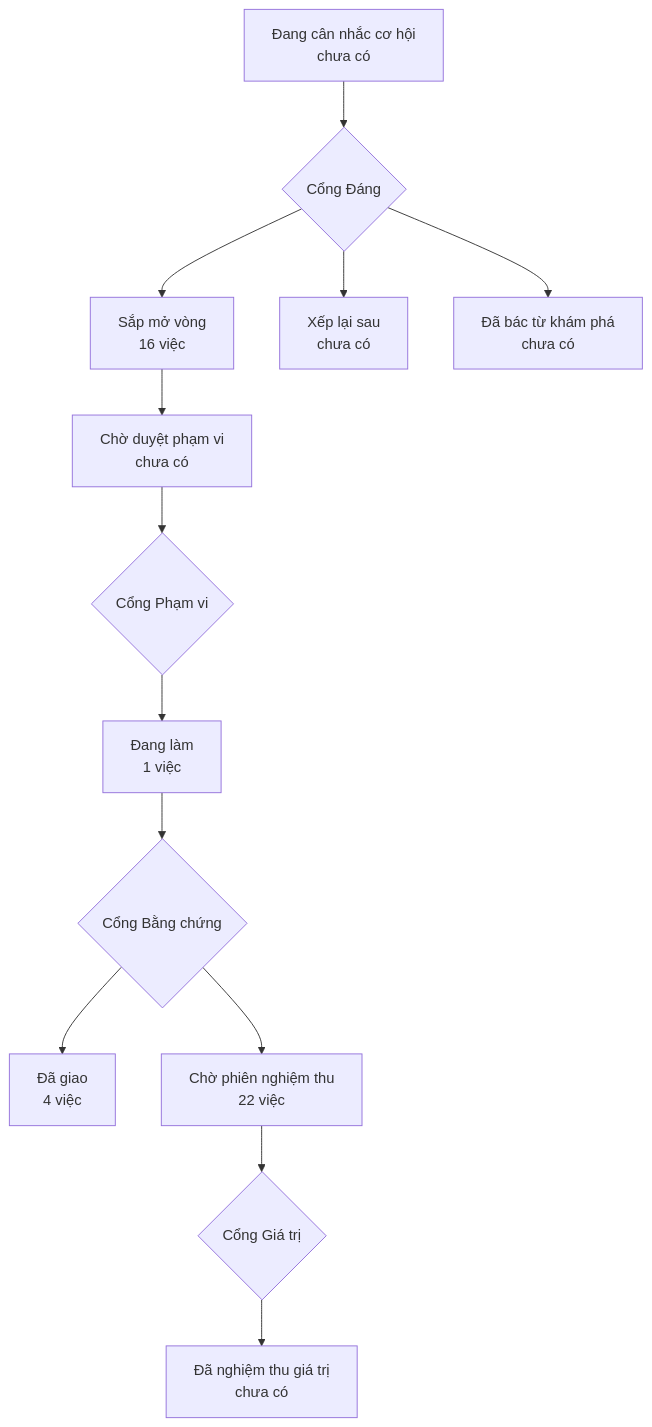
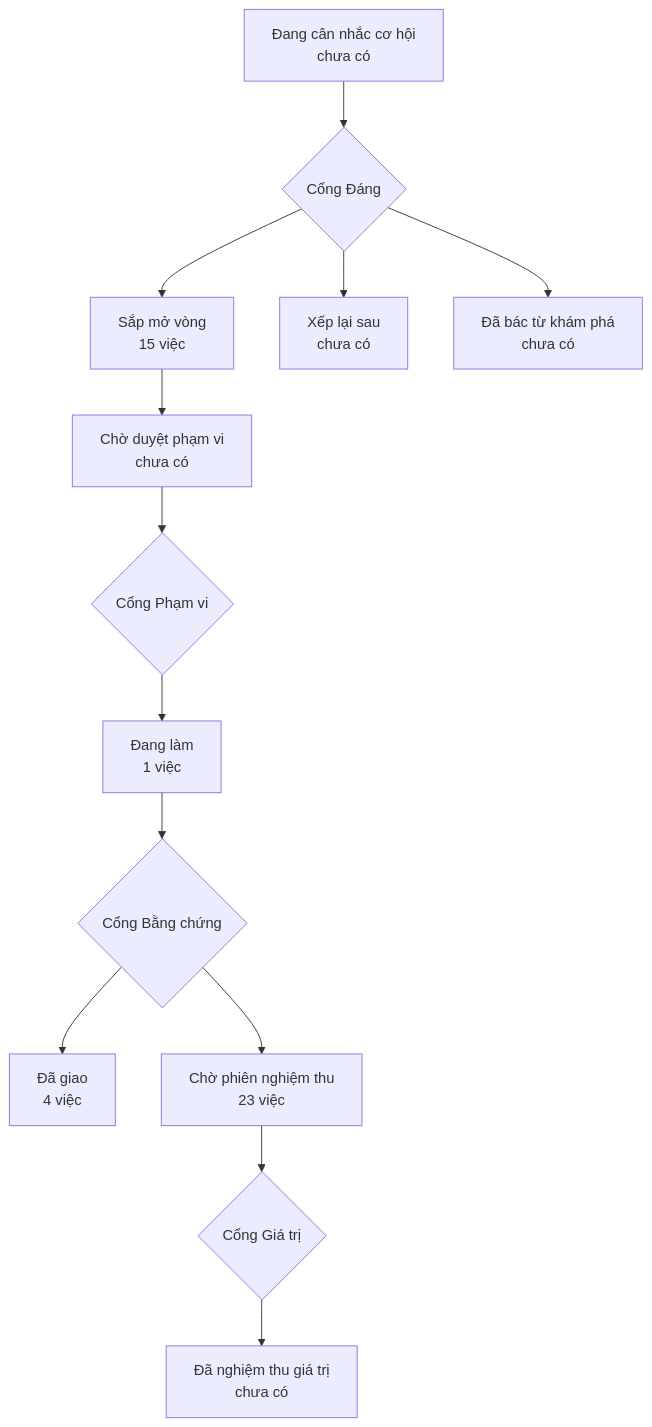
Before and after one commit to phanlemanh/onehub-quy-hang: the diagram in PRODUCT-MAP.md, drawn with Mermaid. The commit also changed 1 other file, not shown here.

Commit message:
chore: vẽ lại bản đồ sau gộp main

````diff
--- a/PRODUCT-MAP.md
+++ b/PRODUCT-MAP.md
@@ -7,12 +7,12 @@
 ```mermaid
 flowchart TD
   A["Đang cân nhắc cơ hội<br/>chưa có"] --> GD{"Cổng Đáng"}
-  GD --> B["Sắp mở vòng<br/>16 việc"]
+  GD --> B["Sắp mở vòng<br/>15 việc"]
   GD --> XL["Xếp lại sau<br/>chưa có"]
   GD --> DB["Đã bác từ khám phá<br/>chưa có"]
   B --> CD["Chờ duyệt phạm vi<br/>chưa có"] --> GP{"Cổng Phạm vi"}
   GP --> DL["Đang làm<br/>1 việc"] --> GB{"Cổng Bằng chứng"}
   GB --> DG["Đã giao<br/>4 việc"]
-  GB --> CN["Chờ phiên nghiệm thu<br/>22 việc"] --> GG{"Cổng Giá trị"}
+  GB --> CN["Chờ phiên nghiệm thu<br/>23 việc"] --> GG{"Cổng Giá trị"}
   GG --> NT["Đã nghiệm thu giá trị<br/>chưa có"]
 ```
````
